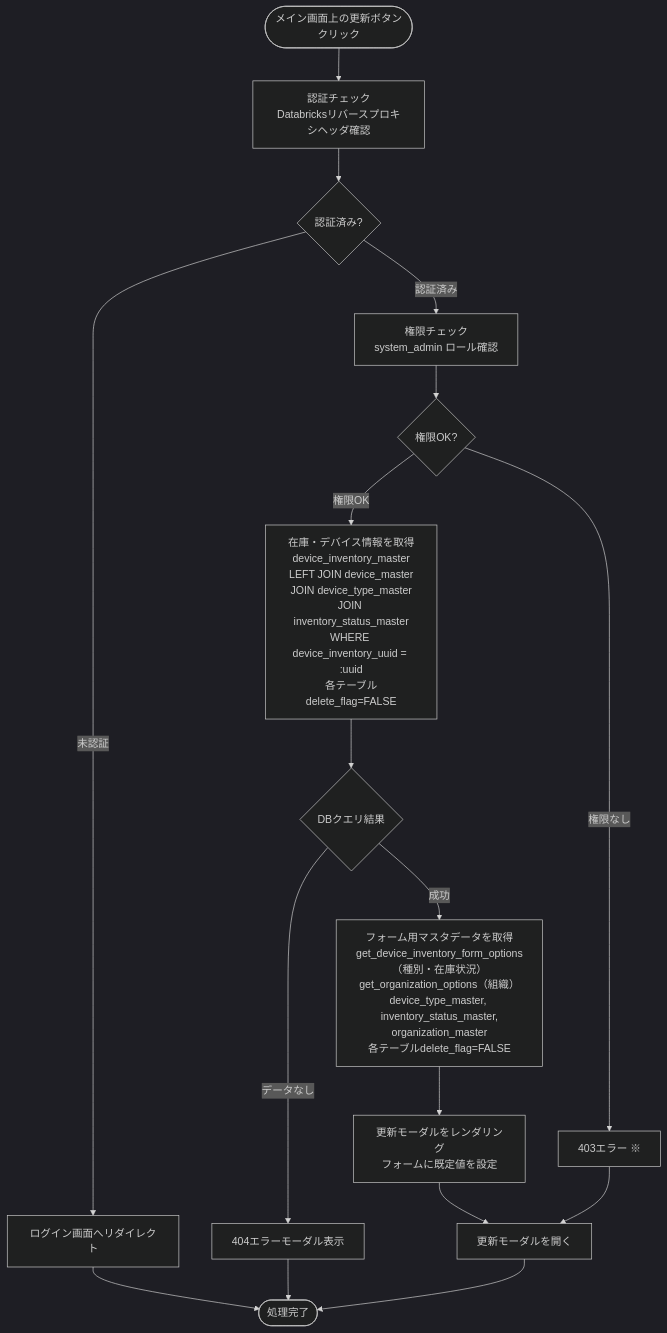
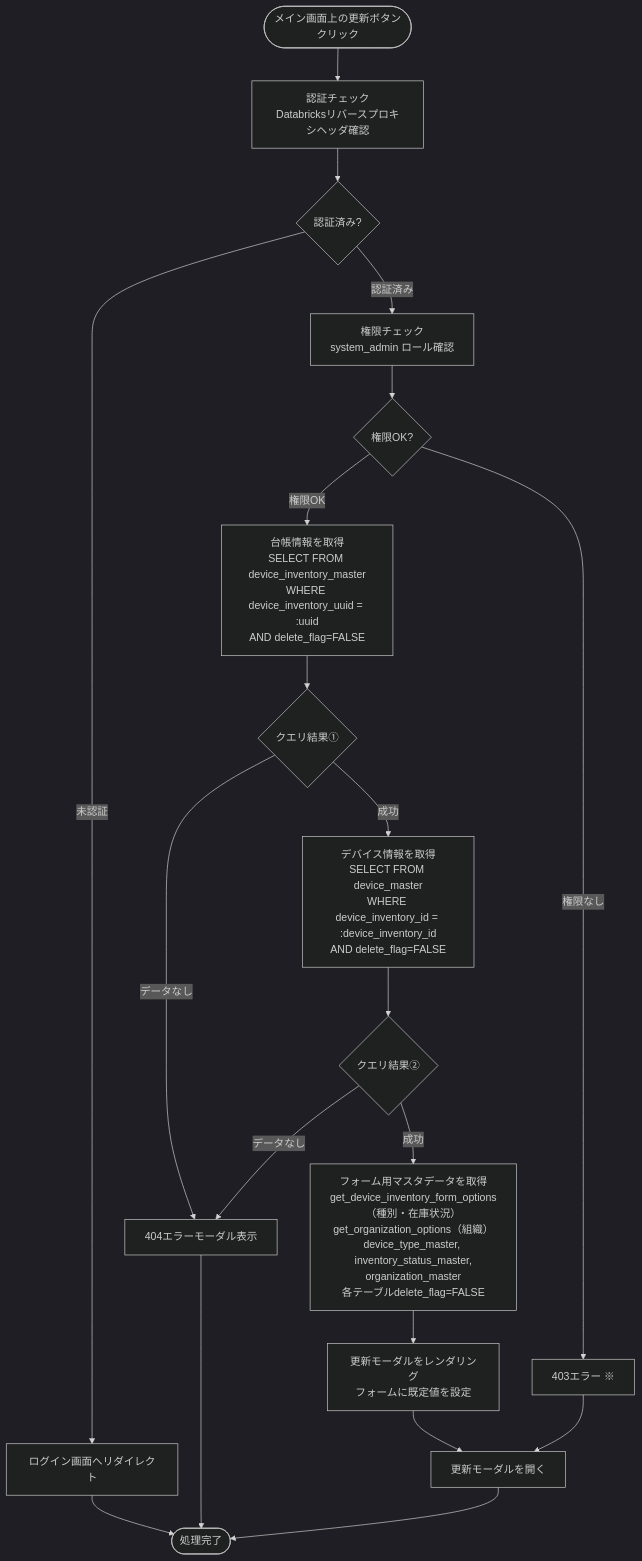
The fifth of 9 diagrams in docs/03-features/flask-app/device-inventory/workflow-specification.md (NSW-SVCP-AIWG002/Databricks-IoT), drawn with Mermaid (dark theme) before and after one commit. The commit also changed other lines of this file and 11 other files, not shown here.

````diff
--- a/docs/03-features/flask-app/device-inventory/workflow-specification.md
+++ b/docs/03-features/flask-app/device-inventory/workflow-specification.md
@@ -869,25 +913,29 @@
 ```mermaid
 flowchart TD
     Start([メイン画面上の更新ボタン<br>クリック]) --> Auth[認証チェック<br>Databricksリバースプロキシヘッダ確認]
     Auth --> CheckAuth{認証済み?}
     CheckAuth -->|未認証| Error401[ログイン画面へリダイレクト]
     Error401 --> End([処理完了])
 
     CheckAuth -->|認証済み| Permission[権限チェック<br>system_admin ロール確認]
     Permission --> CheckPerm{権限OK?}
 
-    CheckPerm -->|権限OK| Query[在庫・デバイス情報を取得<br>device_inventory_master<br>LEFT JOIN device_master<br>JOIN device_type_master<br>JOIN inventory_status_master<br>WHERE device_inventory_uuid = :uuid<br>各テーブルdelete_flag=FALSE]
-    Query --> CheckDB{DBクエリ結果}
+    CheckPerm -->|権限OK| Query1[台帳情報を取得<br>SELECT FROM device_inventory_master<br>WHERE device_inventory_uuid = :uuid<br>AND delete_flag=FALSE]
+    Query1 --> CheckDB1{クエリ結果①}
 
-    CheckDB -->|データなし| Error404[404エラーモーダル表示]
+    CheckDB1 -->|データなし| Error404[404エラーモーダル表示]
     Error404 --> End
 
-    CheckDB -->|成功| LoadMaster[フォーム用マスタデータを取得<br>get_device_inventory_form_options（種別・在庫状況）<br>get_organization_options（組織）<br>device_type_master, inventory_status_master,<br>organization_master<br>各テーブルdelete_flag=FALSE]
+    CheckDB1 -->|成功| Query2[デバイス情報を取得<br>SELECT FROM device_master<br>WHERE device_inventory_id = :device_inventory_id<br>AND delete_flag=FALSE]
+    Query2 --> CheckDB2{クエリ結果②}
+
+    CheckDB2 -->|データなし| Error404
+    CheckDB2 -->|成功| LoadMaster[フォーム用マスタデータを取得<br>get_device_inventory_form_options（種別・在庫状況）<br>get_organization_options（組織）<br>device_type_master, inventory_status_master,<br>organization_master<br>各テーブルdelete_flag=FALSE]
     LoadMaster --> Template[更新モーダルをレンダリング<br>フォームに既定値を設定]
     Template --> OpenModal[更新モーダルを開く]
 
     CheckPerm -->|権限なし| Error403[403エラー ※]
     Error403 --> OpenModal
 
     OpenModal --> End
 ```
````
